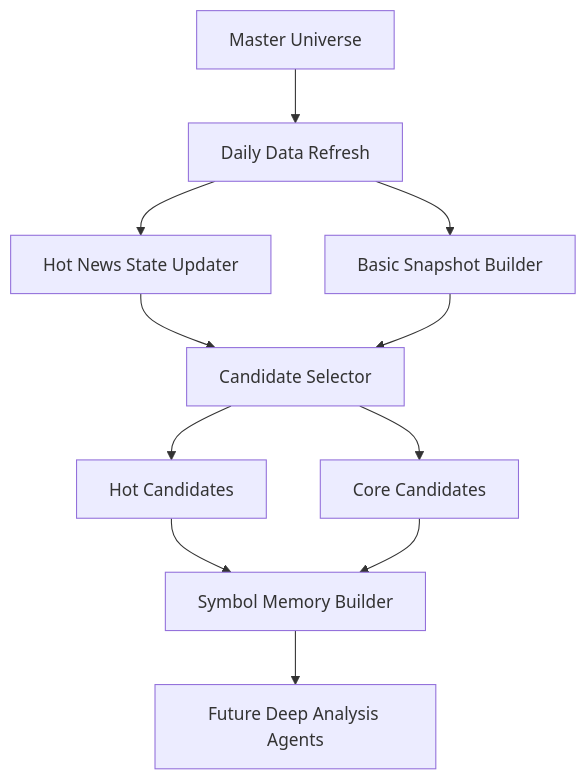
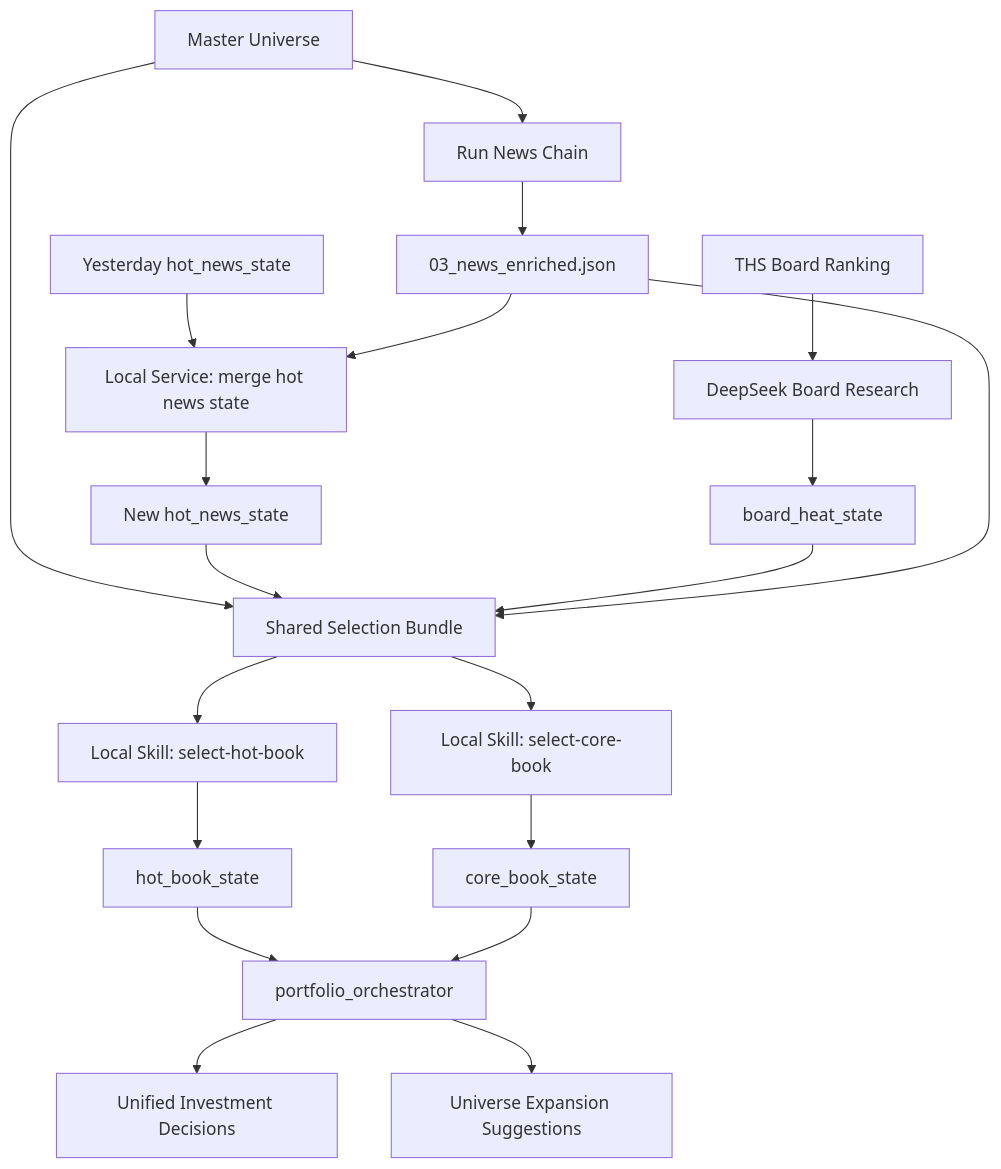
One commit to ZhangBeiQing/AI-Value-Investing-Agent changed the diagram in docs/selection_system/AI选股系统一期落地设计.md. Above: the diagram before and after it, drawn with Mermaid. The commit also changed other lines of this file and 40 other files, not shown here.

````diff
--- a/docs/selection_system/AI选股系统一期落地设计.md
+++ b/docs/selection_system/AI选股系统一期落地设计.md
@@ -235,13 +60,22 @@
 ```mermaid
 graph TD
-    A[Master Universe] --> B[Daily Data Refresh]
-    B --> C[Hot News State Updater]
-    B --> D[Basic Snapshot Builder]
-    C --> E[Candidate Selector]
-    D --> E
-    E --> F[Hot Candidates]
-    E --> G[Core Candidates]
-    F --> H[Symbol Memory Builder]
-    G --> H
-    H --> I[Future Deep Analysis Agents]
+    A[Master Universe] --> B[Run News Chain]
+    B --> C[03_news_enriched.json]
+    D[Yesterday hot_news_state] --> E[Local Service: merge hot news state]
+    C --> E
+    E --> F[New hot_news_state]
+    G[THS Board Ranking] --> H[DeepSeek Board Research]
+    H --> I[board_heat_state]
+    A --> J[Shared Selection Bundle]
+    F --> J
+    I --> J
+    C --> J
+    J --> K[Local Skill: select-hot-book]
+    J --> L[Local Skill: select-core-book]
+    K --> M[hot_book_state]
+    L --> N[core_book_state]
+    M --> O[portfolio_orchestrator]
+    N --> O
+    O --> P[Unified Investment Decisions]
+    O --> Q[Universe Expansion Suggestions]
 ```
````
